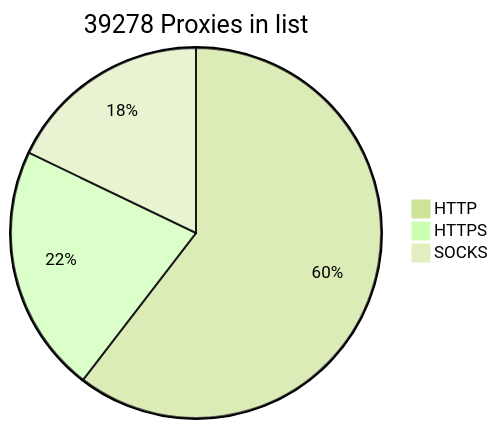
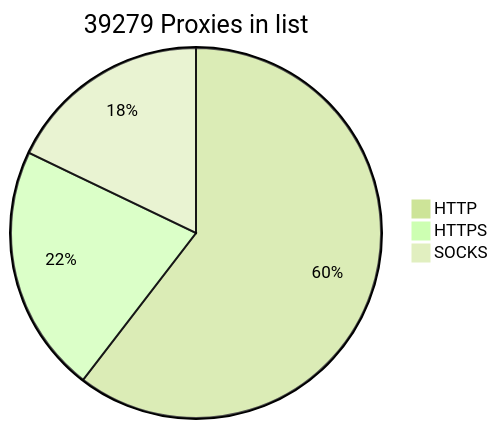
Before and after one commit to BlackSnowDot/proxylist-update-every-minute: the diagram in README.md, drawn with Mermaid (forest theme).

````diff
--- a/README.md
+++ b/README.md
@@ -2,6 +2,6 @@
 ```mermaid
-pie title 39278 Proxies in list
+pie title 39279 Proxies in list
     "HTTP" : 27784
     "HTTPS": 9975
-    "SOCKS" : 8217
+    "SOCKS" : 8218
 ```
````
